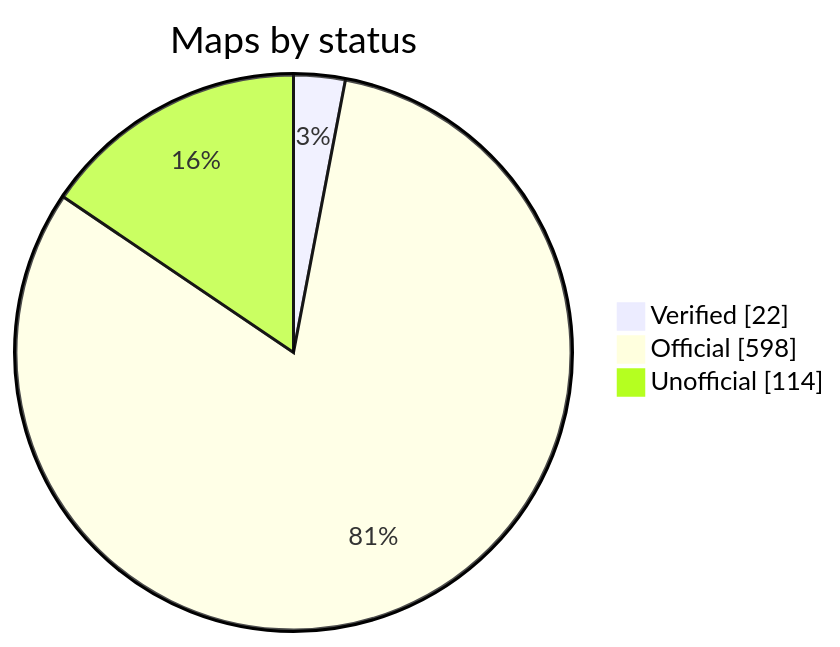
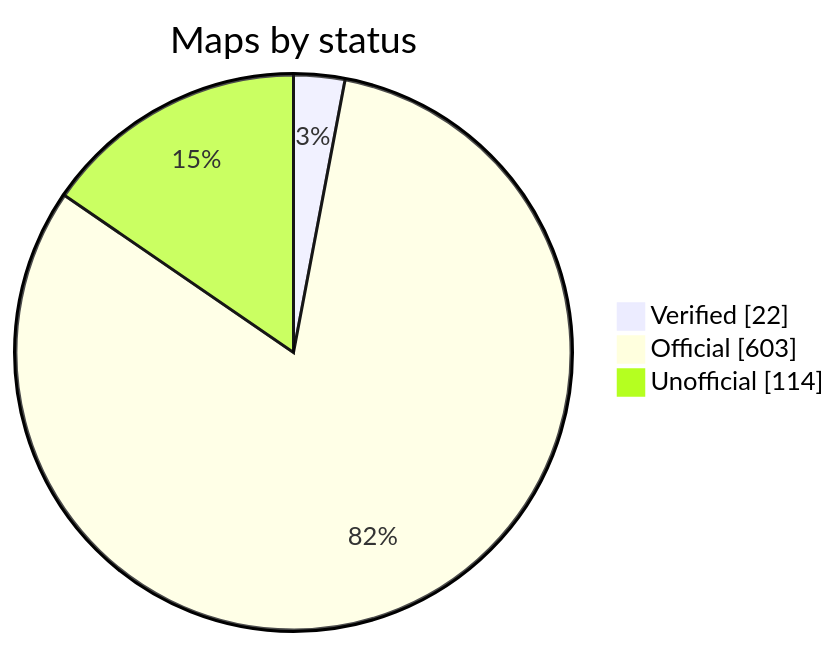
The diagram in README.md (nobrega8/mbmap-library), drawn with Mermaid before and after one commit. The commit also changed 10 other files, not shown here.

````diff
--- a/README.md
+++ b/README.md
@@ -52,7 +52,7 @@
 ```mermaid
 pie showData
     title Maps by status
     "Verified" : 22
-    "Official" : 598
+    "Official" : 603
     "Unofficial" : 114
 ```
````
